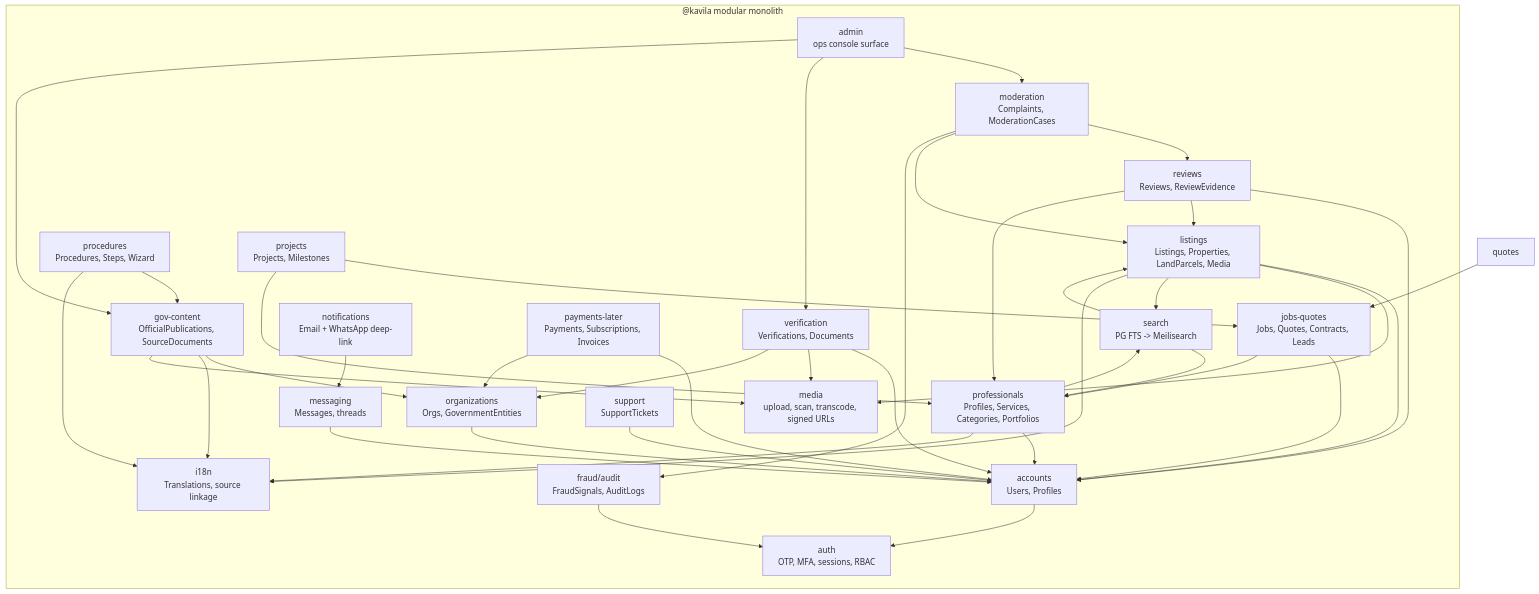
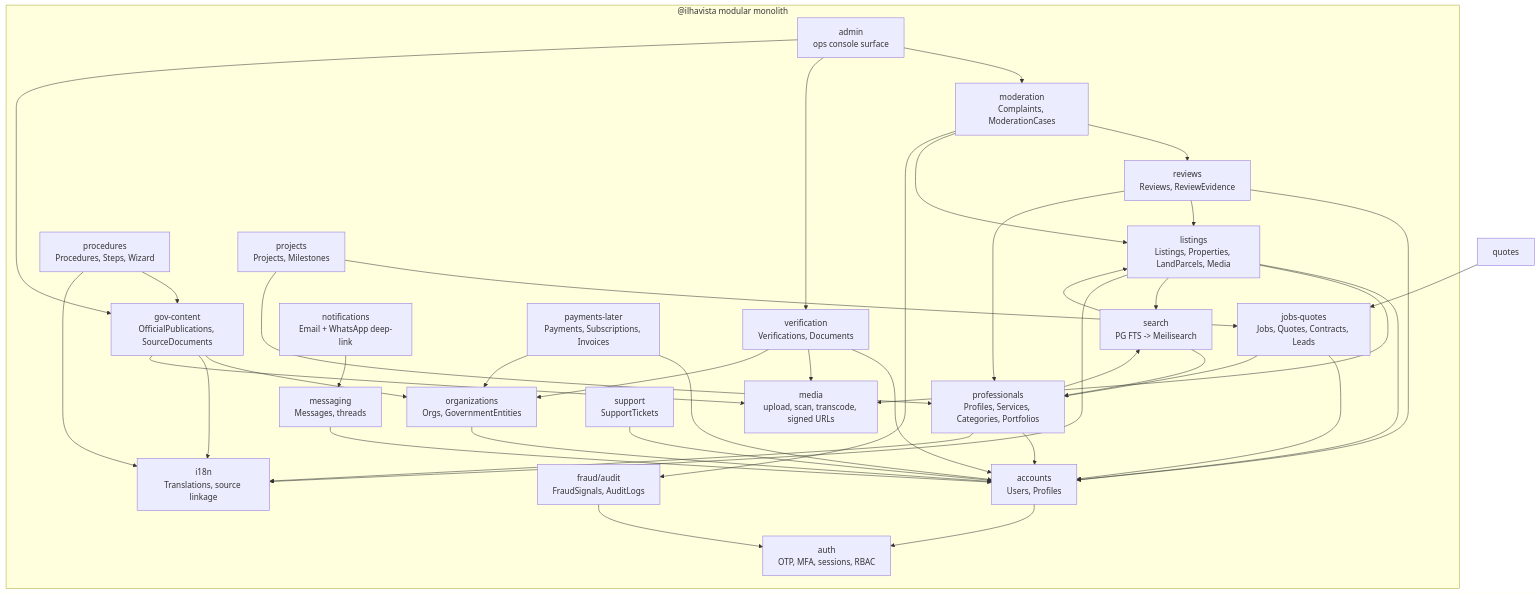
Before and after one commit to Studio-Goud/CapeVerdeMobilia: the fourth of 9 diagrams in docs/10-technical-architecture.md, drawn with Mermaid. The commit also changed other lines of this file and 78 other files, not shown here.

````diff
--- a/docs/10-technical-architecture.md
+++ b/docs/10-technical-architecture.md
@@ -238,66 +238,66 @@
 ```mermaid
 graph TB
-    subgraph Platform["@kavila modular monolith"]
+    subgraph Platform["@ilhavista modular monolith"]
         auth[auth<br/>OTP, MFA, sessions, RBAC]
         accounts[accounts<br/>Users, Profiles]
         orgs[organizations<br/>Orgs, GovernmentEntities]
         listings[listings<br/>Listings, Properties, LandParcels, Media]
         pros[professionals<br/>Profiles, Services, Categories, Portfolios]
         reviews[reviews<br/>Reviews, ReviewEvidence]
         verification[verification<br/>Verifications, Documents]
         gov[gov-content<br/>OfficialPublications, SourceDocuments]
         procedures[procedures<br/>Procedures, Steps, Wizard]
         jobs[jobs-quotes<br/>Jobs, Quotes, Contracts, Leads]
         projects[projects<br/>Projects, Milestones]
         messaging[messaging<br/>Messages, threads]
         notifications[notifications<br/>Email + WhatsApp deep-link]
         moderation[moderation<br/>Complaints, ModerationCases]
         payments[payments-later<br/>Payments, Subscriptions, Invoices]
         search[search<br/>PG FTS -> Meilisearch]
         media[media<br/>upload, scan, transcode, signed URLs]
         i18n[i18n<br/>Translations, source linkage]
         admin[admin<br/>ops console surface]
         fraud[fraud/audit<br/>FraudSignals, AuditLogs]
         support[support<br/>SupportTickets]
     end
 
     accounts --> auth
     orgs --> accounts
     listings --> accounts
     listings --> media
     listings --> search
     listings --> i18n
     pros --> accounts
     pros --> search
     pros --> i18n
     reviews --> accounts
     reviews --> listings
     reviews --> pros
     verification --> accounts
     verification --> media
     verification --> orgs
     gov --> orgs
     gov --> i18n
     gov --> media
     procedures --> gov
     procedures --> i18n
     jobs --> accounts
     jobs --> pros
     quotes[quotes] --> jobs
     projects --> jobs
     projects --> pros
     messaging --> accounts
     notifications --> messaging
     moderation --> reviews
     moderation --> listings
     moderation --> fraud
     payments --> accounts
     payments --> orgs
     search --> listings
     search --> pros
     admin --> moderation
     admin --> verification
     admin --> gov
     support --> accounts
     fraud --> auth
 ```
````
